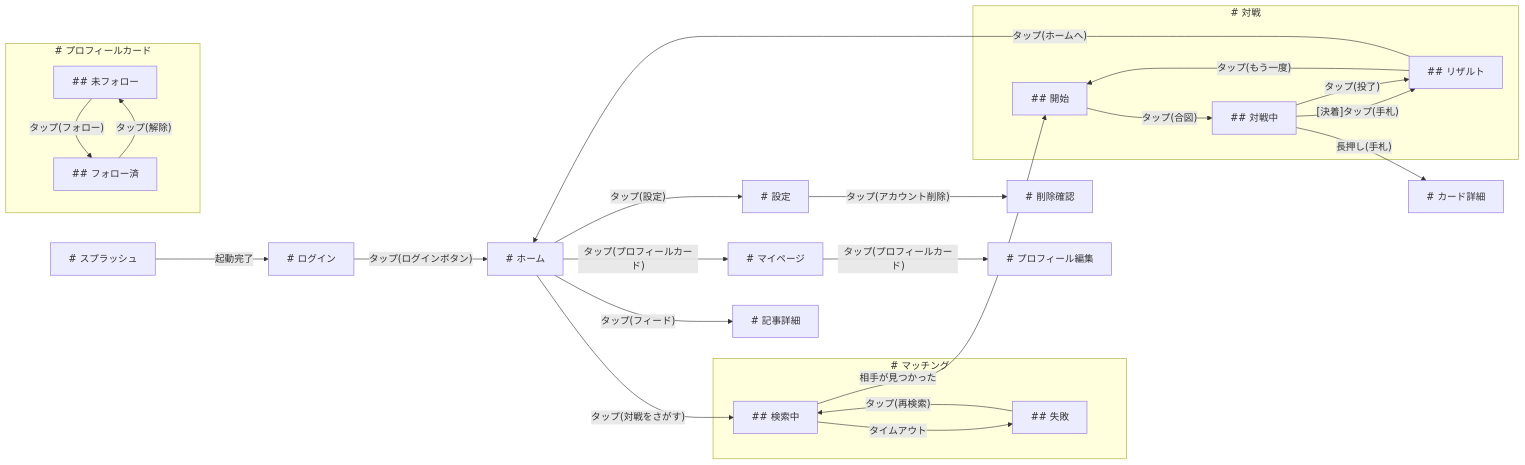
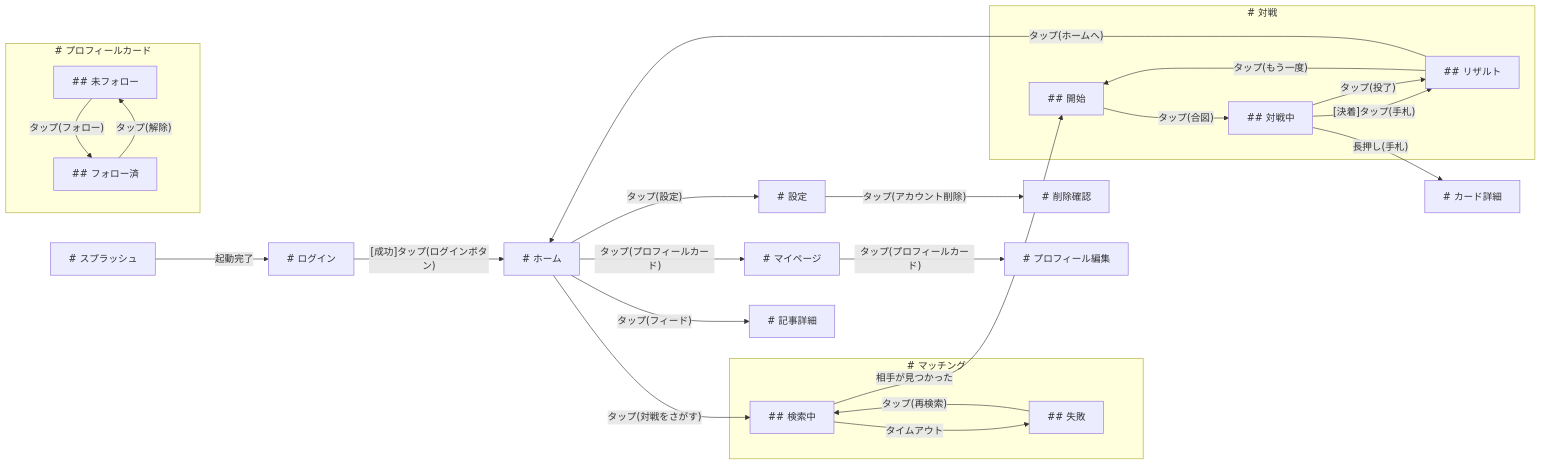
One commit to takasek/shitae changed the diagram in docs/example-battle.mmd. Above: the diagram before and after it, drawn with Mermaid. The commit also changed 1 other file, not shown here.

```diff
--- a/docs/example-battle.mmd
+++ b/docs/example-battle.mmd
@@ -1,43 +1,43 @@
 flowchart LR
   スプラッシュ["# スプラッシュ"]
   ログイン["# ログイン"]
   ホーム["# ホーム"]
   subgraph マッチング_group["# マッチング"]
     マッチング_検索中["## 検索中"]
     マッチング_失敗["## 失敗"]
   end
   subgraph 対戦_group["# 対戦"]
     対戦_開始["## 開始"]
     対戦_対戦中["## 対戦中"]
     対戦_リザルト["## リザルト"]
   end
   設定["# 設定"]
   削除確認["# 削除確認"]
   マイページ["# マイページ"]
   プロフィール編集["# プロフィール編集"]
   subgraph プロフィールカード_group["# プロフィールカード"]
     プロフィールカード_未フォロー["## 未フォロー"]
     プロフィールカード_フォロー済["## フォロー済"]
   end
   記事詳細["# 記事詳細"]
   カード詳細["# カード詳細"]
 
   スプラッシュ -->|"起動完了"| ログイン
-  ログイン -->|"タップ(ログインボタン)"| ホーム
+  ログイン -->|"[成功]タップ(ログインボタン)"| ホーム
   ホーム -->|"タップ(プロフィールカード)"| マイページ
   ホーム -->|"タップ(対戦をさがす)"| マッチング_検索中
   ホーム -->|"タップ(設定)"| 設定
   ホーム -->|"タップ(フィード)"| 記事詳細
   マッチング_検索中 -->|"相手が見つかった"| 対戦_開始
   マッチング_検索中 -->|"タイムアウト"| マッチング_失敗
   マッチング_失敗 -->|"タップ(再検索)"| マッチング_検索中
   対戦_開始 -->|"タップ(合図)"| 対戦_対戦中
   対戦_対戦中 -->|"[決着]タップ(手札)"| 対戦_リザルト
   対戦_対戦中 -->|"長押し(手札)"| カード詳細
   対戦_対戦中 -->|"タップ(投了)"| 対戦_リザルト
   対戦_リザルト -->|"タップ(もう一度)"| 対戦_開始
   対戦_リザルト -->|"タップ(ホームへ)"| ホーム
   設定 -->|"タップ(アカウント削除)"| 削除確認
   マイページ -->|"タップ(プロフィールカード)"| プロフィール編集
   プロフィールカード_未フォロー -->|"タップ(フォロー)"| プロフィールカード_フォロー済
   プロフィールカード_フォロー済 -->|"タップ(解除)"| プロフィールカード_未フォロー
```
